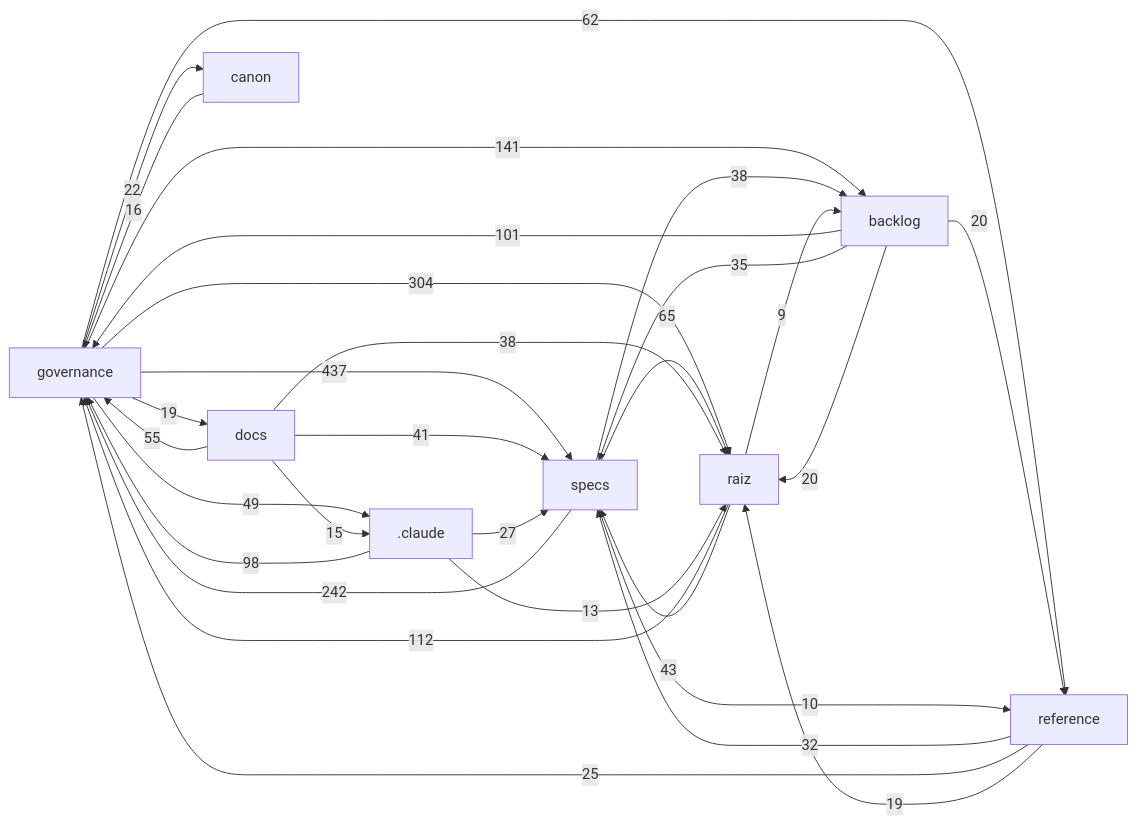
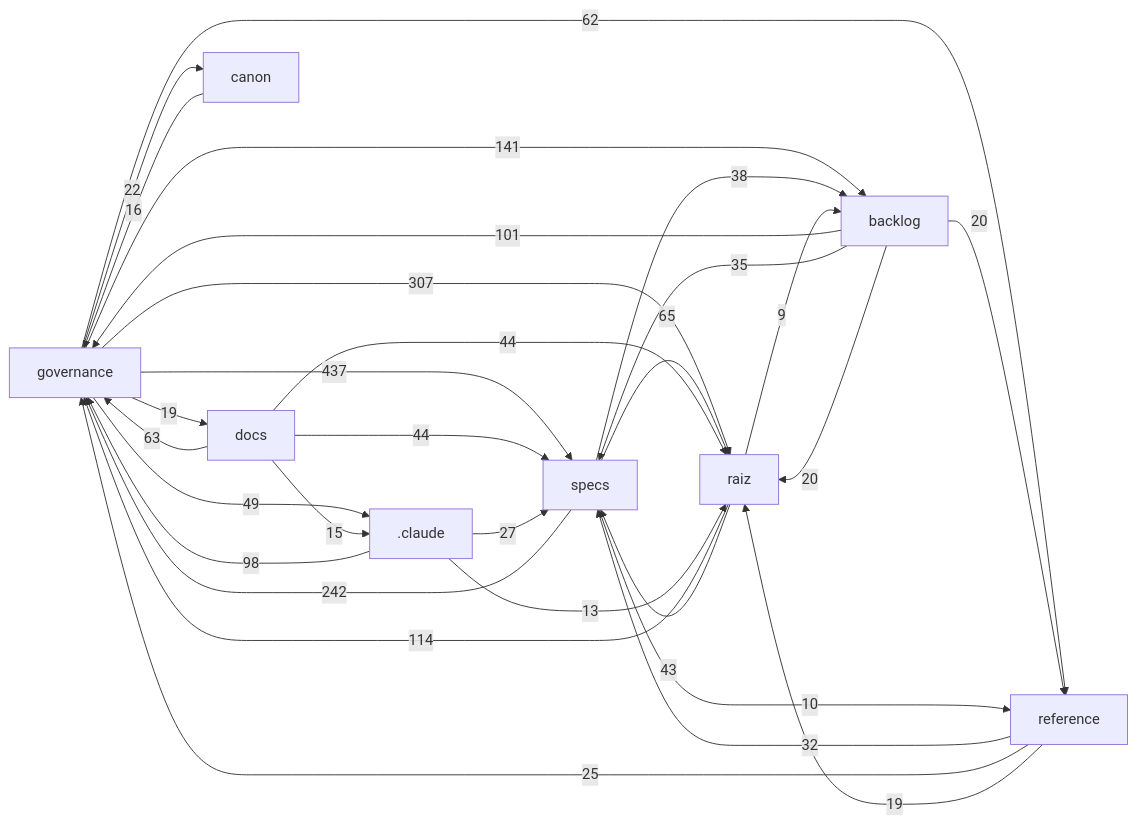
The diagram in docs/mapa/MAPA-PROJETO.md (Andraus35/Sistema-Operacional-de-Trading--SOT), drawn with Mermaid before and after one commit. The commit also changed other lines of this file and 14 other files, not shown here.

````diff
--- a/docs/mapa/MAPA-PROJETO.md
+++ b/docs/mapa/MAPA-PROJETO.md
@@ -29,32 +29,32 @@
 ```mermaid
 flowchart LR
   governance["governance"] -->|437| specs["specs"]
-  governance["governance"] -->|304| raiz["raiz"]
+  governance["governance"] -->|307| raiz["raiz"]
   specs["specs"] -->|242| governance["governance"]
   governance["governance"] -->|141| backlog["backlog"]
-  raiz["raiz"] -->|112| governance["governance"]
+  raiz["raiz"] -->|114| governance["governance"]
   backlog["backlog"] -->|101| governance["governance"]
   _claude[".claude"] -->|98| governance["governance"]
   specs["specs"] -->|65| raiz["raiz"]
+  docs["docs"] -->|63| governance["governance"]
   governance["governance"] -->|62| reference["reference"]
-  docs["docs"] -->|55| governance["governance"]
   governance["governance"] -->|49| _claude[".claude"]
+  docs["docs"] -->|44| raiz["raiz"]
+  docs["docs"] -->|44| specs["specs"]
   raiz["raiz"] -->|43| specs["specs"]
-  docs["docs"] -->|41| specs["specs"]
-  docs["docs"] -->|38| raiz["raiz"]
   specs["specs"] -->|38| backlog["backlog"]
   backlog["backlog"] -->|35| specs["specs"]
   reference["reference"] -->|32| specs["specs"]
   _claude[".claude"] -->|27| specs["specs"]
   reference["reference"] -->|25| governance["governance"]
   governance["governance"] -->|22| canon["canon"]
   backlog["backlog"] -->|20| raiz["raiz"]
   backlog["backlog"] -->|20| reference["reference"]
   governance["governance"] -->|19| docs["docs"]
   reference["reference"] -->|19| raiz["raiz"]
   canon["canon"] -->|16| governance["governance"]
   docs["docs"] -->|15| _claude[".claude"]
   _claude[".claude"] -->|13| raiz["raiz"]
   specs["specs"] -->|10| reference["reference"]
   raiz["raiz"] -->|9| backlog["backlog"]
 ```
````
